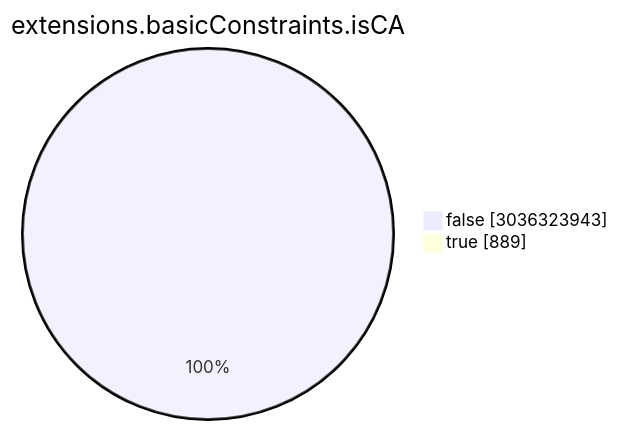
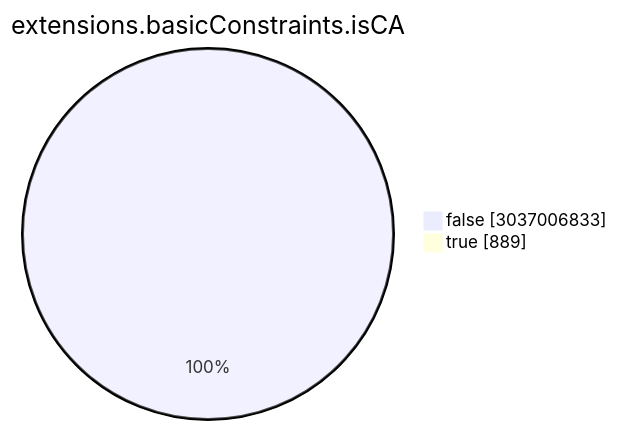
The seventh of 15 diagrams in TOTAL/README.md (christiankrug/ctmonitor_visualization), drawn with Mermaid before and after one commit. The commit also changed other lines of this file, not shown here.

````diff
--- a/TOTAL/README.md
+++ b/TOTAL/README.md
@@ -3086,6 +3086,6 @@
 ```mermaid
 pie showData
 title extensions.basicConstraints.isCA
-"false" :3036323943
+"false" :3037006833
 "true" :889
 ```
````
